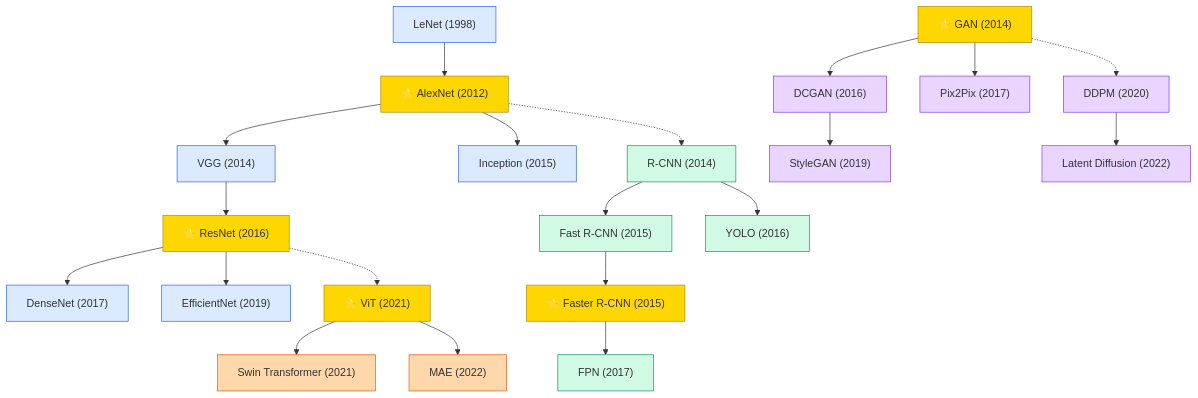
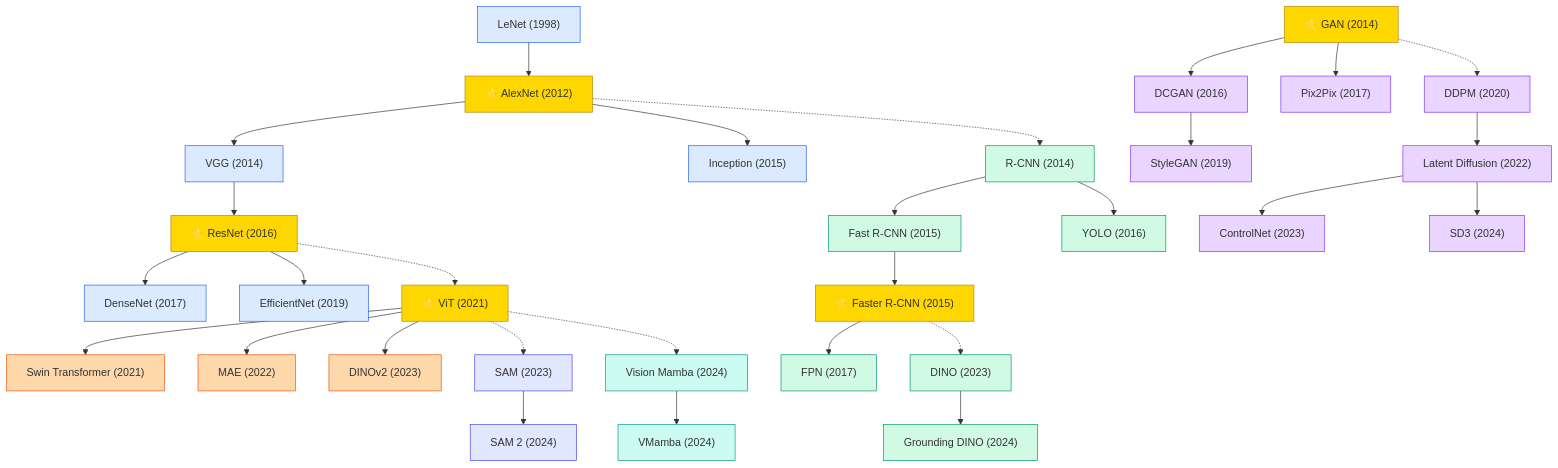
The diagram in domains/cv/README.md (zerenzhou/Awesome-Machine-Learning-Papers), drawn with Mermaid before and after one commit. The commit also changed other lines of this file and 4 other files, not shown here.

````diff
--- a/domains/cv/README.md
+++ b/domains/cv/README.md
@@ -7,31 +7,43 @@
 ```mermaid
 graph TD
     classDef cls fill:#DBEAFE,stroke:#2563EB
     classDef det fill:#D1FAE5,stroke:#059669
     classDef vit fill:#FED7AA,stroke:#EA580C
     classDef gen fill:#E9D5FF,stroke:#7C3AED
+    classDef fm fill:#E0E7FF,stroke:#4F46E5
+    classDef ssm fill:#CCFBF1,stroke:#0D9488
     classDef star fill:#FFD700,stroke:#B8860B
 
     LeNet["LeNet (1998)"]:::cls --> AlexNet["⭐ AlexNet (2012)"]:::star
     AlexNet --> VGG["VGG (2014)"]:::cls
     AlexNet --> GoogLeNet["Inception (2015)"]:::cls
     VGG --> ResNet["⭐ ResNet (2016)"]:::star
     ResNet --> DenseNet["DenseNet (2017)"]:::cls
     ResNet --> EfficientNet["EfficientNet (2019)"]:::cls
 
     AlexNet -.-> RCNN["R-CNN (2014)"]:::det
     RCNN --> FastRCNN["Fast R-CNN (2015)"]:::det
     FastRCNN --> FasterRCNN["⭐ Faster R-CNN (2015)"]:::star
     FasterRCNN --> FPN["FPN (2017)"]:::det
     RCNN --> YOLO["YOLO (2016)"]:::det
+    FasterRCNN -.-> DINODet["DINO (2023)"]:::det
+    DINODet --> GroundingDINO["Grounding DINO (2024)"]:::det
 
     ResNet -.-> ViT["⭐ ViT (2021)"]:::star
     ViT --> SwinT["Swin Transformer (2021)"]:::vit
     ViT --> MAE["MAE (2022)"]:::vit
+    ViT --> DINOv2["DINOv2 (2023)"]:::vit
+    ViT -.-> SAM["SAM (2023)"]:::fm
+    SAM --> SAM2["SAM 2 (2024)"]:::fm
+
+    ViT -.-> VisionMamba["Vision Mamba (2024)"]:::ssm
+    VisionMamba --> VMamba["VMamba (2024)"]:::ssm
 
     GAN["⭐ GAN (2014)"]:::star --> DCGAN["DCGAN (2016)"]:::gen
     DCGAN --> StyleGAN["StyleGAN (2019)"]:::gen
     GAN --> Pix2Pix["Pix2Pix (2017)"]:::gen
     GAN -.-> Diffusion["DDPM (2020)"]:::gen
     Diffusion --> LatentDiff["Latent Diffusion (2022)"]:::gen
+    LatentDiff --> ControlNet["ControlNet (2023)"]:::gen
+    LatentDiff --> SD3["SD3 (2024)"]:::gen
 ```
````
